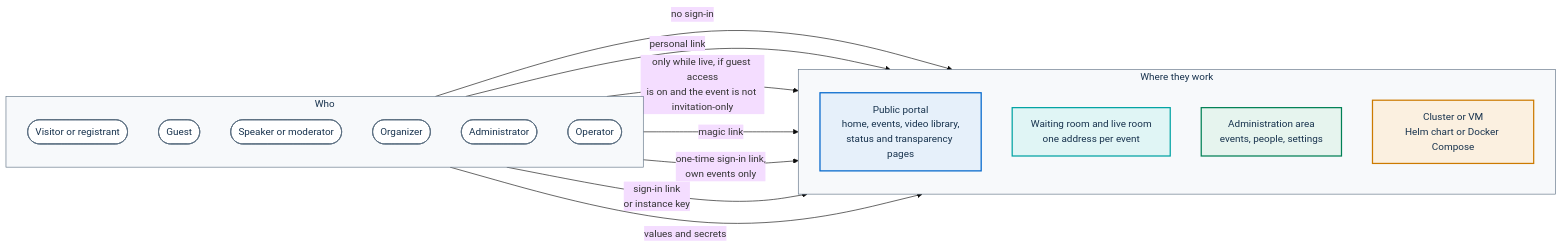
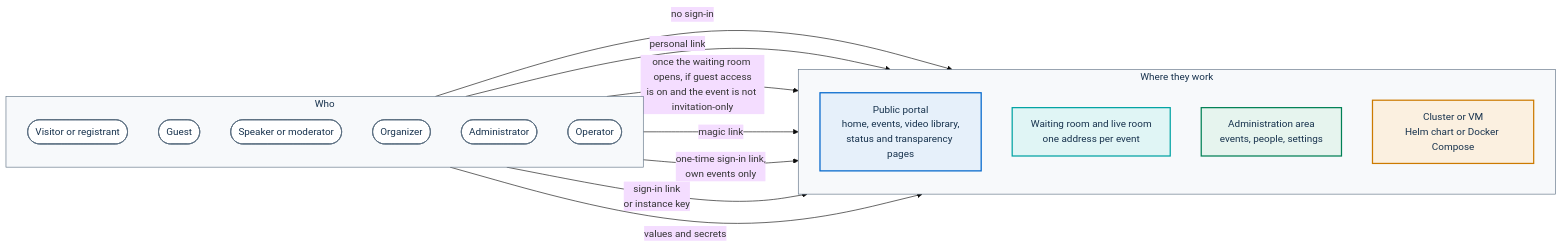
One commit to italia/pa-webinar changed the second of 2 diagrams in docs/FEATURES.md. Above: the diagram before and after it, drawn with Mermaid (base theme). The commit also changed other lines of this file and 51 other files, not shown here.

````diff
--- a/docs/FEATURES.md
+++ b/docs/FEATURES.md
@@ -76,43 +76,43 @@
 ```mermaid
 flowchart LR
   subgraph PEOPLE["Who"]
     direction TB
     R1(["Visitor or registrant"])
     R2(["Guest"])
     R3(["Speaker or moderator"])
     R4(["Organizer"])
     R5(["Administrator"])
     R6(["Operator"])
   end
 
   subgraph SURFACES["Where they work"]
     direction TB
     S1["Public portal<br/>home, events, video library,<br/>status and transparency pages"]
     S2["Waiting room and live room<br/>one address per event"]
     S3["Administration area<br/>events, people, settings"]
     S4["Cluster or VM<br/>Helm chart or Docker Compose"]
   end
 
   R1 -- "no sign-in" --> S1
   R1 -- "personal link" --> S2
-  R2 -- "only while live, if guest access<br/>is on and the event is not invitation-only" --> S2
+  R2 -- "once the waiting room opens, if guest access<br/>is on and the event is not invitation-only" --> S2
   R3 -- "magic link" --> S2
   R4 -- "one-time sign-in link,<br/>own events only" --> S3
   R5 -- "sign-in link<br/>or instance key" --> S3
   R6 -- "values and secrets" --> S4
 
   classDef person fill:#FFFFFF,stroke:#5C6F82,stroke-width:1.5px,color:#17324D
   classDef portal fill:#E6F0FA,stroke:#0066CC,stroke-width:2px,color:#17324D
   classDef live fill:#E0F5F5,stroke:#00A3A3,stroke-width:2px,color:#17324D
   classDef admin fill:#E6F4EE,stroke:#008055,stroke-width:2px,color:#17324D
   classDef ops fill:#FBF0E0,stroke:#CC7A00,stroke-width:2px,color:#17324D
 
   class R1,R2,R3,R4,R5,R6 person
   class S1 portal
   class S2 live
   class S3 admin
   class S4 ops
 
   style PEOPLE fill:#F7F9FB,stroke:#5C6F82,stroke-width:1px,color:#17324D
   style SURFACES fill:#F7F9FB,stroke:#5C6F82,stroke-width:1px,color:#17324D
 ```
````
